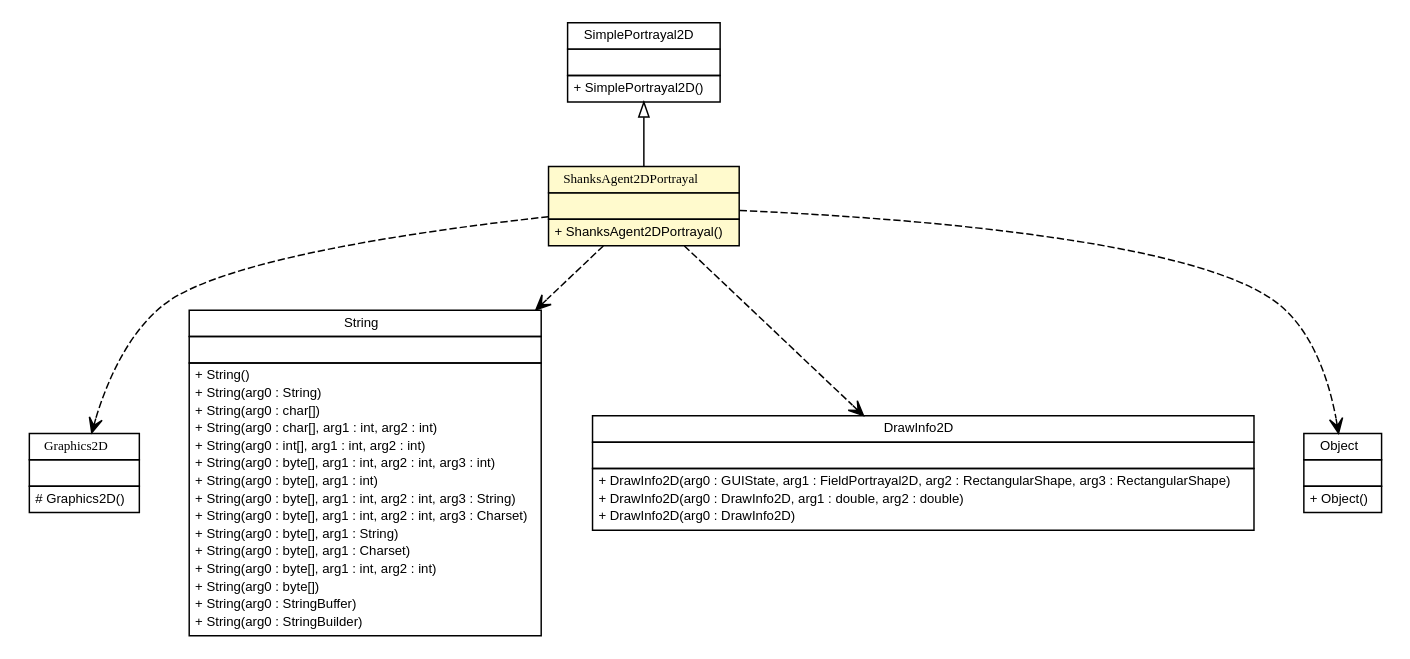
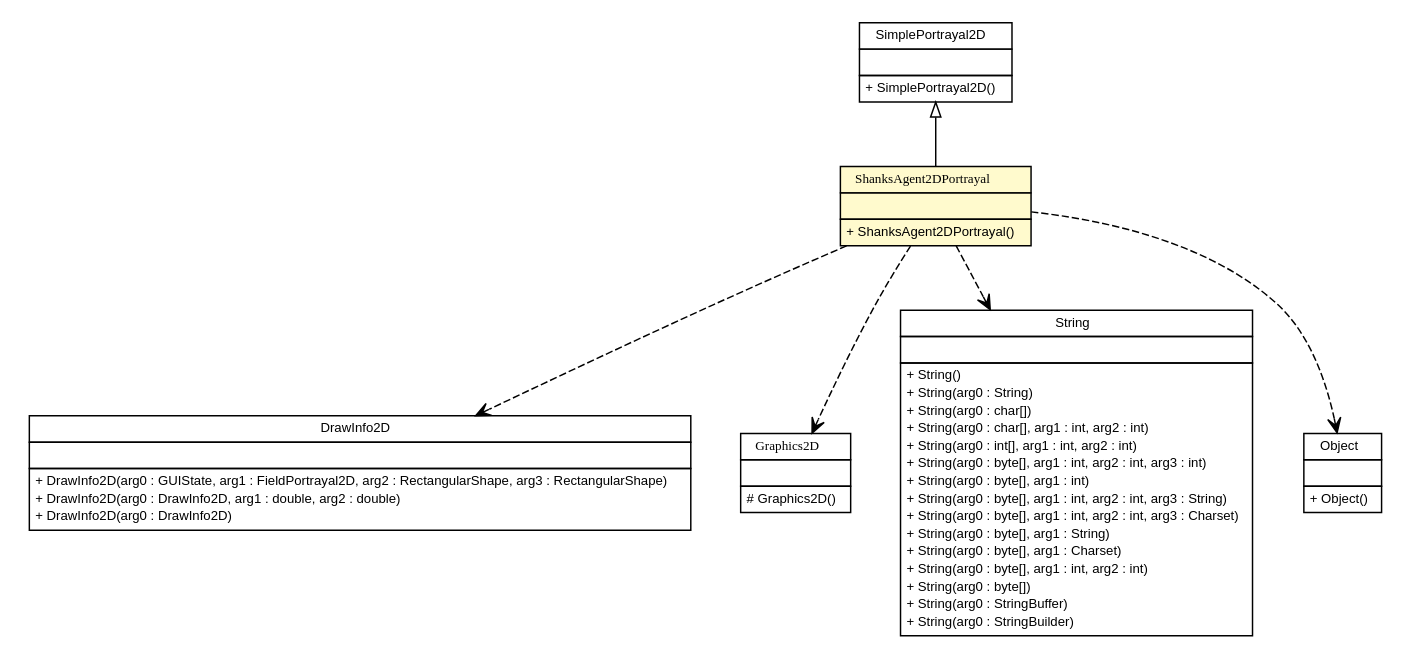
Before and after one commit to gsi-upm/Shanks: the diagram in apidocs/es/upm/dit/gsi/shanks/agent/portrayal/ShanksAgent2DPortrayal.dot, drawn with Graphviz. The commit also changed 897 other files, not shown here.

```diff
--- a/apidocs/es/upm/dit/gsi/shanks/agent/portrayal/ShanksAgent2DPortrayal.dot
+++ b/apidocs/es/upm/dit/gsi/shanks/agent/portrayal/ShanksAgent2DPortrayal.dot
@@ -1,110 +1,110 @@
 #!/usr/local/bin/dot
 #
 # Class diagram 
 # Generated by UMLGraph version 5.1 (http://www.umlgraph.org/)
 #
 
 digraph G {
 	edge [fontname="arial",fontsize=10,labelfontname="arial",labelfontsize=10];
 	node [fontname="arial",fontsize=10,shape=plaintext];
 	nodesep=0.25;
 	ranksep=0.5;
 	// es.upm.dit.gsi.shanks.agent.portrayal.ShanksAgent2DPortrayal
 	c4198 [label=<<table title="es.upm.dit.gsi.shanks.agent.portrayal.ShanksAgent2DPortrayal" border="0" cellborder="1" cellspacing="0" cellpadding="2" port="p" bgcolor="lemonChiffon" href="./ShanksAgent2DPortrayal.html">
 		<tr><td><table border="0" cellspacing="0" cellpadding="1">
 <tr><td align="center" balign="center"><font face="ariali"> ShanksAgent2DPortrayal </font></td></tr>
 		</table></td></tr>
 		<tr><td><table border="0" cellspacing="0" cellpadding="1">
 <tr><td align="left" balign="left">  </td></tr>
 		</table></td></tr>
 		<tr><td><table border="0" cellspacing="0" cellpadding="1">
 <tr><td align="left" balign="left"> + ShanksAgent2DPortrayal() </td></tr>
 		</table></td></tr>
 		</table>>, fontname="arial", fontcolor="black", fontsize=9.0];
 	//es.upm.dit.gsi.shanks.agent.portrayal.ShanksAgent2DPortrayal extends sim.portrayal.SimplePortrayal2D
 	c4254:p -> c4198:p [dir=back,arrowtail=empty];
+	// es.upm.dit.gsi.shanks.agent.portrayal.ShanksAgent2DPortrayal DEPEND sim.portrayal.DrawInfo2D
+	c4198:p -> c4257:p [taillabel="", label="", headlabel="", fontname="arial", fontcolor="black", fontsize=10.0, color="black", arrowhead=open, style=dashed];
 	// es.upm.dit.gsi.shanks.agent.portrayal.ShanksAgent2DPortrayal DEPEND java.awt.Graphics2D
-	c4198:p -> c4264:p [taillabel="", label="", headlabel="", fontname="arial", fontcolor="black", fontsize=10.0, color="black", arrowhead=open, style=dashed];
+	c4198:p -> c4267:p [taillabel="", label="", headlabel="", fontname="arial", fontcolor="black", fontsize=10.0, color="black", arrowhead=open, style=dashed];
 	// es.upm.dit.gsi.shanks.agent.portrayal.ShanksAgent2DPortrayal DEPEND java.lang.String
-	c4198:p -> c4265:p [taillabel="", label="", headlabel="", fontname="arial", fontcolor="black", fontsize=10.0, color="black", arrowhead=open, style=dashed];
-	// es.upm.dit.gsi.shanks.agent.portrayal.ShanksAgent2DPortrayal DEPEND sim.portrayal.DrawInfo2D
 	c4198:p -> c4268:p [taillabel="", label="", headlabel="", fontname="arial", fontcolor="black", fontsize=10.0, color="black", arrowhead=open, style=dashed];
 	// es.upm.dit.gsi.shanks.agent.portrayal.ShanksAgent2DPortrayal DEPEND java.lang.Object
 	c4198:p -> c4269:p [taillabel="", label="", headlabel="", fontname="arial", fontcolor="black", fontsize=10.0, color="black", arrowhead=open, style=dashed];
 	// java.awt.Graphics2D
-	c4264 [label=<<table title="java.awt.Graphics2D" border="0" cellborder="1" cellspacing="0" cellpadding="2" port="p" href="http://java.sun.com/j2se/1.4.2/docs/api/java/awt/Graphics2D.html">
+	c4267 [label=<<table title="java.awt.Graphics2D" border="0" cellborder="1" cellspacing="0" cellpadding="2" port="p" href="http://java.sun.com/j2se/1.4.2/docs/api/java/awt/Graphics2D.html">
 		<tr><td><table border="0" cellspacing="0" cellpadding="1">
 <tr><td align="center" balign="center"><font face="ariali"> Graphics2D </font></td></tr>
 		</table></td></tr>
 		<tr><td><table border="0" cellspacing="0" cellpadding="1">
 <tr><td align="left" balign="left">  </td></tr>
 		</table></td></tr>
 		<tr><td><table border="0" cellspacing="0" cellpadding="1">
 <tr><td align="left" balign="left"> # Graphics2D() </td></tr>
 		</table></td></tr>
 		</table>>, fontname="arial", fontcolor="black", fontsize=9.0];
 	// sim.portrayal.SimplePortrayal2D
 	c4254 [label=<<table title="sim.portrayal.SimplePortrayal2D" border="0" cellborder="1" cellspacing="0" cellpadding="2" port="p" href="http://java.sun.com/j2se/1.4.2/docs/api/sim/portrayal/SimplePortrayal2D.html">
 		<tr><td><table border="0" cellspacing="0" cellpadding="1">
 <tr><td align="center" balign="center"> SimplePortrayal2D </td></tr>
 		</table></td></tr>
 		<tr><td><table border="0" cellspacing="0" cellpadding="1">
 <tr><td align="left" balign="left">  </td></tr>
 		</table></td></tr>
 		<tr><td><table border="0" cellspacing="0" cellpadding="1">
 <tr><td align="left" balign="left"> + SimplePortrayal2D() </td></tr>
 		</table></td></tr>
 		</table>>, fontname="arial", fontcolor="black", fontsize=9.0];
 	// sim.portrayal.DrawInfo2D
-	c4268 [label=<<table title="sim.portrayal.DrawInfo2D" border="0" cellborder="1" cellspacing="0" cellpadding="2" port="p" href="http://java.sun.com/j2se/1.4.2/docs/api/sim/portrayal/DrawInfo2D.html">
+	c4257 [label=<<table title="sim.portrayal.DrawInfo2D" border="0" cellborder="1" cellspacing="0" cellpadding="2" port="p" href="http://java.sun.com/j2se/1.4.2/docs/api/sim/portrayal/DrawInfo2D.html">
 		<tr><td><table border="0" cellspacing="0" cellpadding="1">
 <tr><td align="center" balign="center"> DrawInfo2D </td></tr>
 		</table></td></tr>
 		<tr><td><table border="0" cellspacing="0" cellpadding="1">
 <tr><td align="left" balign="left">  </td></tr>
 		</table></td></tr>
 		<tr><td><table border="0" cellspacing="0" cellpadding="1">
 <tr><td align="left" balign="left"> + DrawInfo2D(arg0 : GUIState, arg1 : FieldPortrayal2D, arg2 : RectangularShape, arg3 : RectangularShape) </td></tr>
 <tr><td align="left" balign="left"> + DrawInfo2D(arg0 : DrawInfo2D, arg1 : double, arg2 : double) </td></tr>
 <tr><td align="left" balign="left"> + DrawInfo2D(arg0 : DrawInfo2D) </td></tr>
 		</table></td></tr>
 		</table>>, fontname="arial", fontcolor="black", fontsize=9.0];
 	// java.lang.Object
 	c4269 [label=<<table title="java.lang.Object" border="0" cellborder="1" cellspacing="0" cellpadding="2" port="p" href="http://java.sun.com/j2se/1.4.2/docs/api/java/lang/Object.html">
 		<tr><td><table border="0" cellspacing="0" cellpadding="1">
 <tr><td align="center" balign="center"> Object </td></tr>
 		</table></td></tr>
 		<tr><td><table border="0" cellspacing="0" cellpadding="1">
 <tr><td align="left" balign="left">  </td></tr>
 		</table></td></tr>
 		<tr><td><table border="0" cellspacing="0" cellpadding="1">
 <tr><td align="left" balign="left"> + Object() </td></tr>
 		</table></td></tr>
 		</table>>, fontname="arial", fontcolor="black", fontsize=9.0];
 	// java.lang.String
-	c4265 [label=<<table title="java.lang.String" border="0" cellborder="1" cellspacing="0" cellpadding="2" port="p" href="http://java.sun.com/j2se/1.4.2/docs/api/java/lang/String.html">
+	c4268 [label=<<table title="java.lang.String" border="0" cellborder="1" cellspacing="0" cellpadding="2" port="p" href="http://java.sun.com/j2se/1.4.2/docs/api/java/lang/String.html">
 		<tr><td><table border="0" cellspacing="0" cellpadding="1">
 <tr><td align="center" balign="center"> String </td></tr>
 		</table></td></tr>
 		<tr><td><table border="0" cellspacing="0" cellpadding="1">
 <tr><td align="left" balign="left">  </td></tr>
 		</table></td></tr>
 		<tr><td><table border="0" cellspacing="0" cellpadding="1">
 <tr><td align="left" balign="left"> + String() </td></tr>
 <tr><td align="left" balign="left"> + String(arg0 : String) </td></tr>
 <tr><td align="left" balign="left"> + String(arg0 : char[]) </td></tr>
 <tr><td align="left" balign="left"> + String(arg0 : char[], arg1 : int, arg2 : int) </td></tr>
 <tr><td align="left" balign="left"> + String(arg0 : int[], arg1 : int, arg2 : int) </td></tr>
 <tr><td align="left" balign="left"> + String(arg0 : byte[], arg1 : int, arg2 : int, arg3 : int) </td></tr>
 <tr><td align="left" balign="left"> + String(arg0 : byte[], arg1 : int) </td></tr>
 <tr><td align="left" balign="left"> + String(arg0 : byte[], arg1 : int, arg2 : int, arg3 : String) </td></tr>
 <tr><td align="left" balign="left"> + String(arg0 : byte[], arg1 : int, arg2 : int, arg3 : Charset) </td></tr>
 <tr><td align="left" balign="left"> + String(arg0 : byte[], arg1 : String) </td></tr>
 <tr><td align="left" balign="left"> + String(arg0 : byte[], arg1 : Charset) </td></tr>
 <tr><td align="left" balign="left"> + String(arg0 : byte[], arg1 : int, arg2 : int) </td></tr>
 <tr><td align="left" balign="left"> + String(arg0 : byte[]) </td></tr>
 <tr><td align="left" balign="left"> + String(arg0 : StringBuffer) </td></tr>
 <tr><td align="left" balign="left"> + String(arg0 : StringBuilder) </td></tr>
 		</table></td></tr>
 		</table>>, fontname="arial", fontcolor="black", fontsize=9.0];
 }
```
